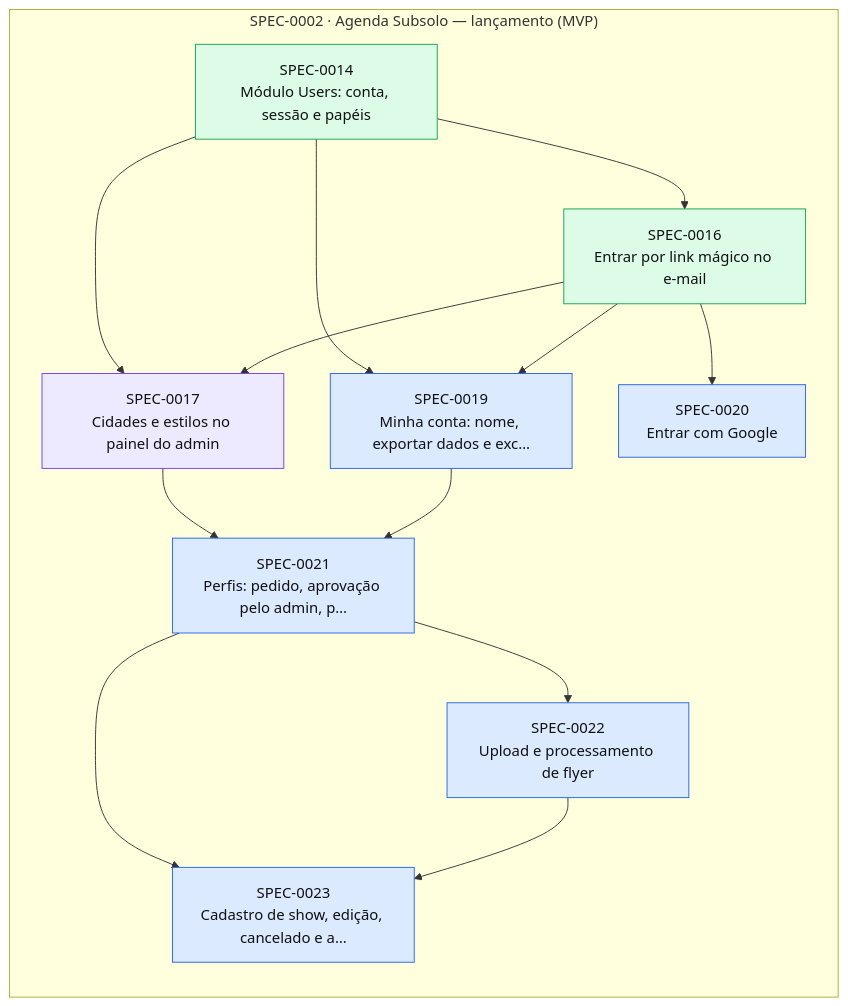
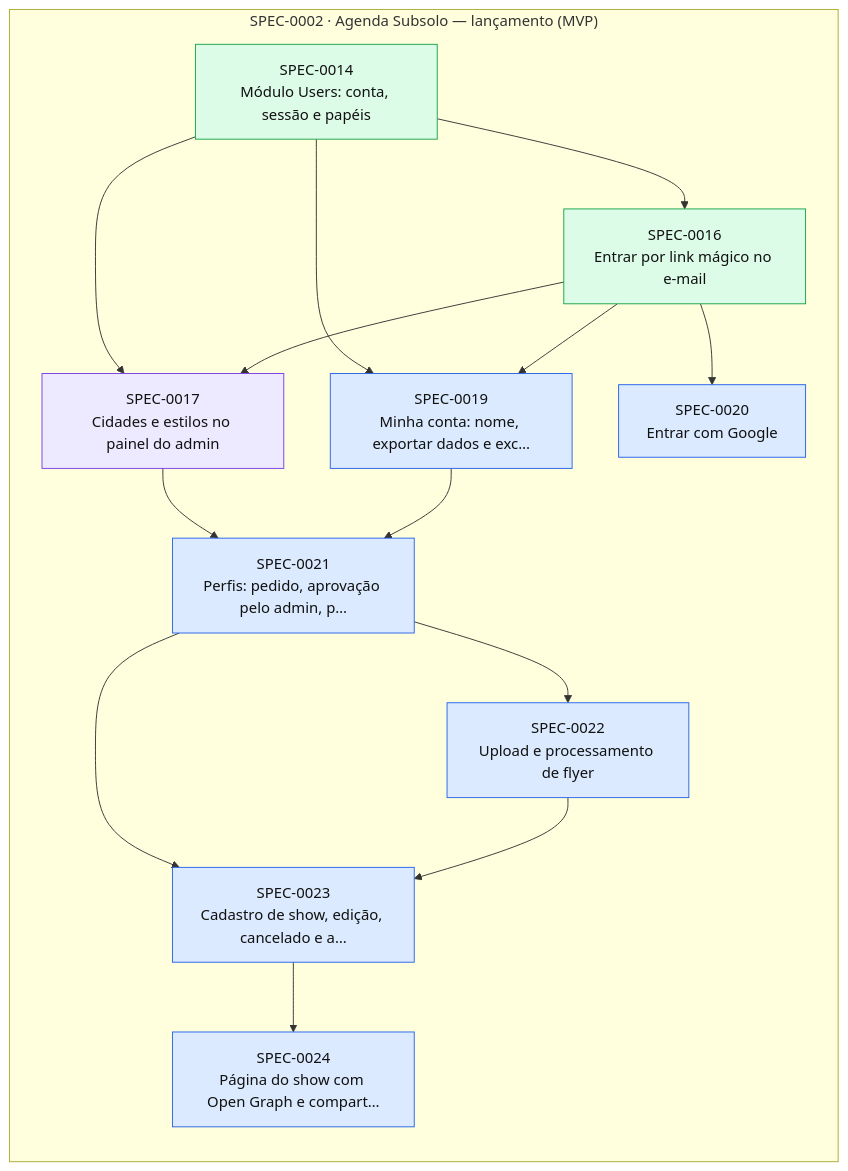
One commit to thomasravache/subsolo changed the diagram in docs/specs/INDEX.md. Above: the diagram before and after it, drawn with Mermaid. The commit also changed other lines of this file and 2 other files, not shown here.

First line of the commit message:
docs(sdd): add, approve and plan SPEC-0024 (show page) under the standing autopilot

````diff
--- a/docs/specs/INDEX.md
+++ b/docs/specs/INDEX.md
@@ -70,29 +71,31 @@
 ```mermaid
 flowchart LR
   subgraph E0002["SPEC-0002 · Agenda Subsolo — lançamento (MVP)"]
     S0014["SPEC-0014<br/>Módulo Users: conta, sessão e papéis"]:::implemented
     S0016["SPEC-0016<br/>Entrar por link mágico no e-mail"]:::implemented
     S0017["SPEC-0017<br/>Cidades e estilos no painel do admin"]:::inprogress
     S0019["SPEC-0019<br/>Minha conta: nome, exportar dados e exc…"]:::approved
     S0020["SPEC-0020<br/>Entrar com Google"]:::approved
     S0021["SPEC-0021<br/>Perfis: pedido, aprovação pelo admin, p…"]:::approved
     S0022["SPEC-0022<br/>Upload e processamento de flyer"]:::approved
     S0023["SPEC-0023<br/>Cadastro de show, edição, cancelado e a…"]:::approved
+    S0024["SPEC-0024<br/>Página do show com Open Graph e compart…"]:::approved
   end
   S0014 --> S0016
   S0014 --> S0017
   S0016 --> S0017
   S0014 --> S0019
   S0016 --> S0019
   S0016 --> S0020
   S0017 --> S0021
   S0019 --> S0021
   S0021 --> S0022
   S0021 --> S0023
   S0022 --> S0023
+  S0023 --> S0024
   classDef proposed fill:#fef3c7,stroke:#d97706,color:#111
   classDef approved fill:#dbeafe,stroke:#2563eb,color:#111
   classDef inprogress fill:#ede9fe,stroke:#7c3aed,color:#111
   classDef implemented fill:#dcfce7,stroke:#16a34a,color:#111
   classDef deprecated fill:#f3f4f6,stroke:#9ca3af,color:#6b7280
 ```
````
